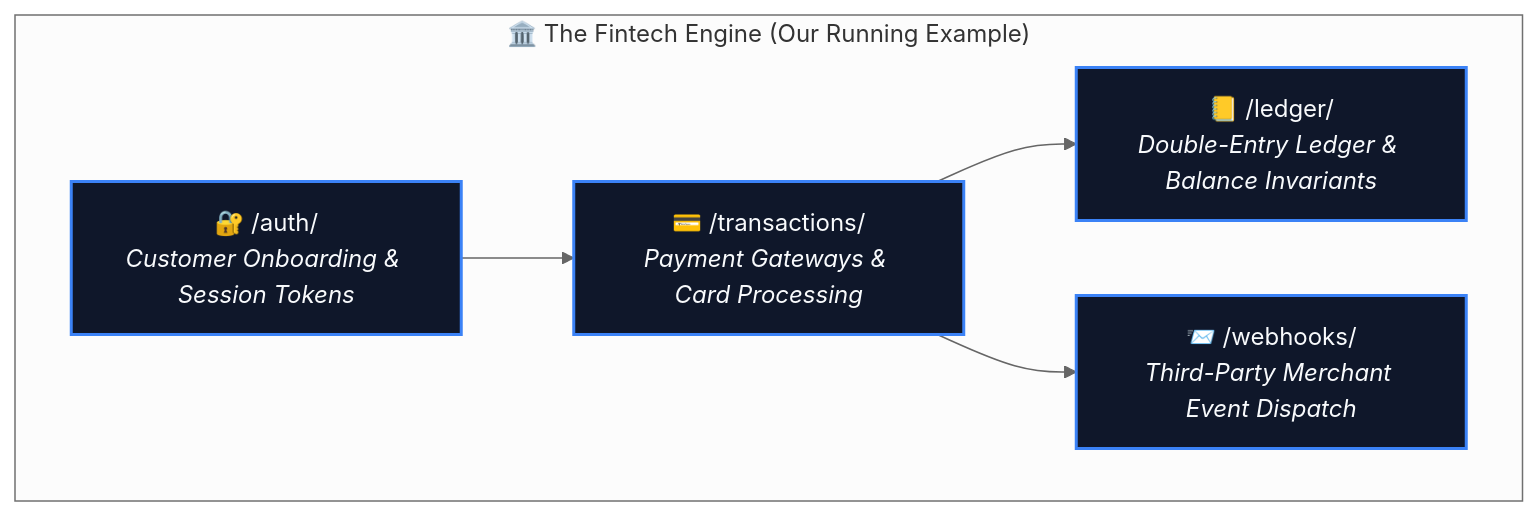
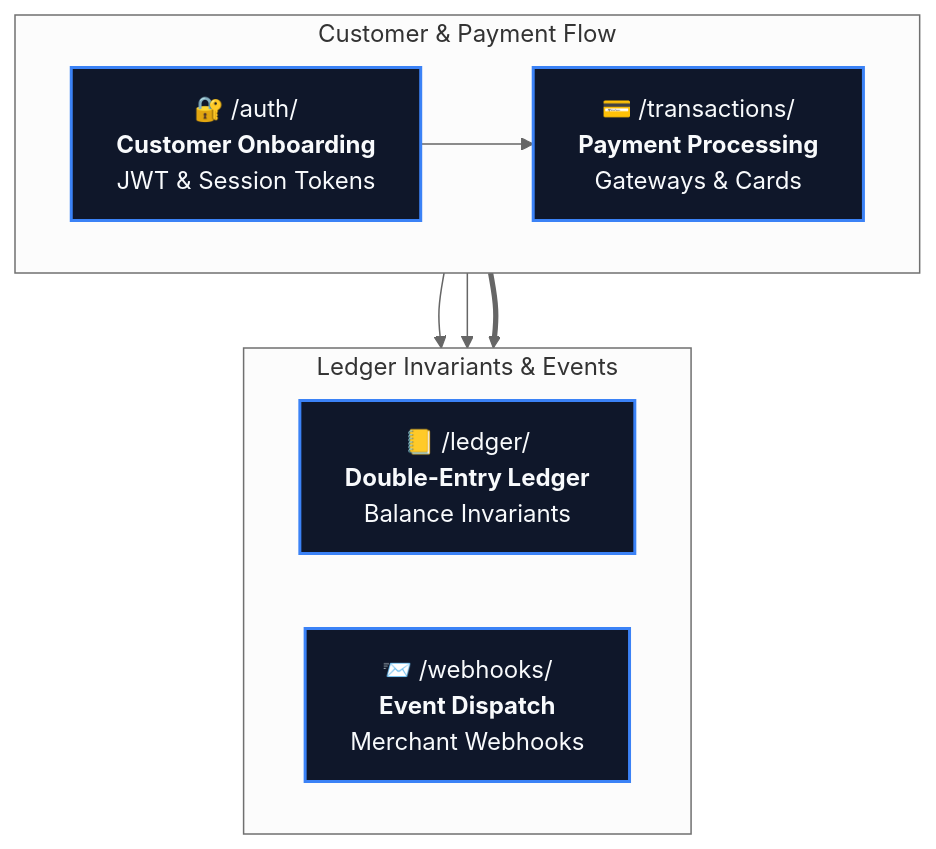
The eighth of 9 diagrams in 01-filestructure/articles/01-your-folder-structure-is-a-message.md (Dustu103/system-design), drawn with Mermaid (neutral theme) before and after one commit. The commit also changed other lines of this file and 2 other files, not shown here.

Commit message:
style: optimize Mermaid diagrams with vertical hierarchy and large legible fonts

````diff
--- a/01-filestructure/articles/01-your-folder-structure-is-a-message.md
+++ b/01-filestructure/articles/01-your-folder-structure-is-a-message.md
@@ -229,16 +236,22 @@
 ```mermaid
 flowchart TD
-    subgraph FINTECH["🏛️ The Fintech Engine (Our Running Example)"]
-        AUTH["🔐 /auth/<br/><i>Customer Onboarding & Session Tokens</i>"]
-        LEDGER["📒 /ledger/<br/><i>Double-Entry Ledger & Balance Invariants</i>"]
-        TXN["💳 /transactions/<br/><i>Payment Gateways & Card Processing</i>"]
-        HOOKS["📨 /webhooks/<br/><i>Third-Party Merchant Event Dispatch</i>"]
+    subgraph INTAKE["Customer & Payment Flow"]
+        direction LR
+        AUTH["🔐 /auth/<br/><b>Customer Onboarding</b><br/>JWT & Session Tokens"]
+        TXN["💳 /transactions/<br/><b>Payment Processing</b><br/>Gateways & Cards"]
+        AUTH --> TXN
     end
 
-    AUTH --> TXN
+    subgraph CORE["Ledger Invariants & Events"]
+        direction LR
+        LEDGER["📒 /ledger/<br/><b>Double-Entry Ledger</b><br/>Balance Invariants"]
+        HOOKS["📨 /webhooks/<br/><b>Event Dispatch</b><br/>Merchant Webhooks"]
+    end
+
+    INTAKE ==> CORE
     TXN --> LEDGER
     TXN --> HOOKS
 
     classDef ft fill:#0f172a,stroke:#3b82f6,stroke-width:2px,color:#f8fafc;
     class AUTH,LEDGER,TXN,HOOKS ft;
 ```
````
